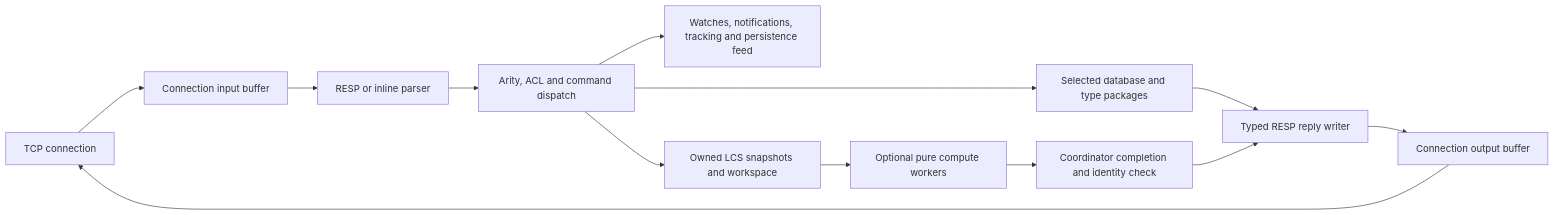
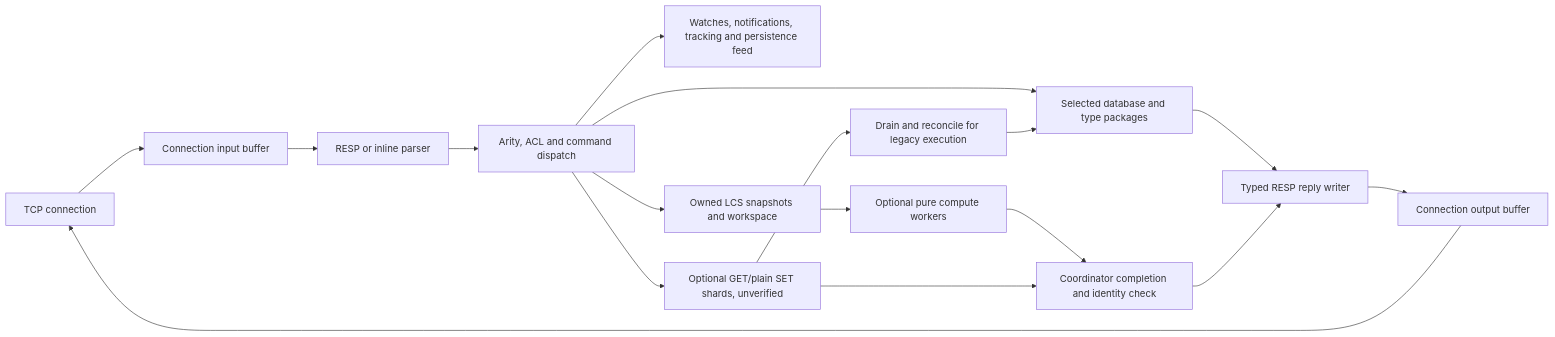
One commit to vighnesh-bheed/eski changed the first of 2 diagrams in docs/architecture.md. Above: the diagram before and after it, drawn with Mermaid. The commit also changed other lines of this file and 19 other files, not shown here.

First line of the commit message:
Draft worker-owned GET and SET execution

````diff
--- a/docs/architecture.md
+++ b/docs/architecture.md
@@ -5,15 +5,19 @@
 ```mermaid
 flowchart LR
     Socket[TCP connection] --> Input[Connection input buffer]
     Input --> Parser[RESP or inline parser]
     Parser --> Dispatch[Arity, ACL and command dispatch]
     Dispatch --> Keys[Selected database and type packages]
     Keys --> Reply[Typed RESP reply writer]
     Reply --> Output[Connection output buffer]
     Output --> Socket
     Dispatch --> Effects[Watches, notifications, tracking and persistence feed]
     Dispatch --> Snapshot[Owned LCS snapshots and workspace]
     Snapshot --> Compute[Optional pure compute workers]
     Compute --> Complete[Coordinator completion and identity check]
     Complete --> Reply
+    Dispatch --> Shards[Optional GET/plain SET shards, unverified]
+    Shards --> Complete
+    Shards --> Barrier[Drain and reconcile for legacy execution]
+    Barrier --> Keys
 ```
````
